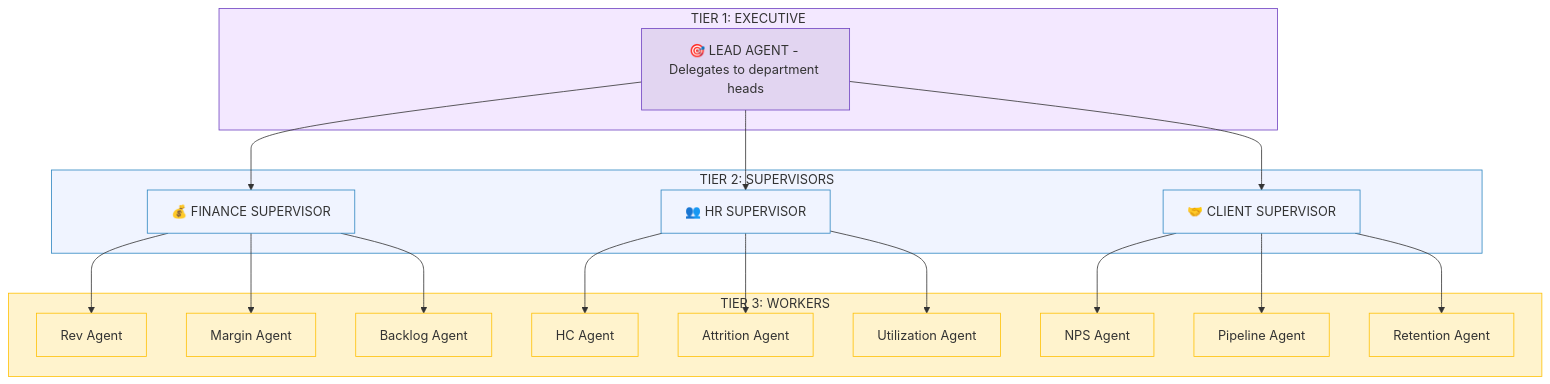
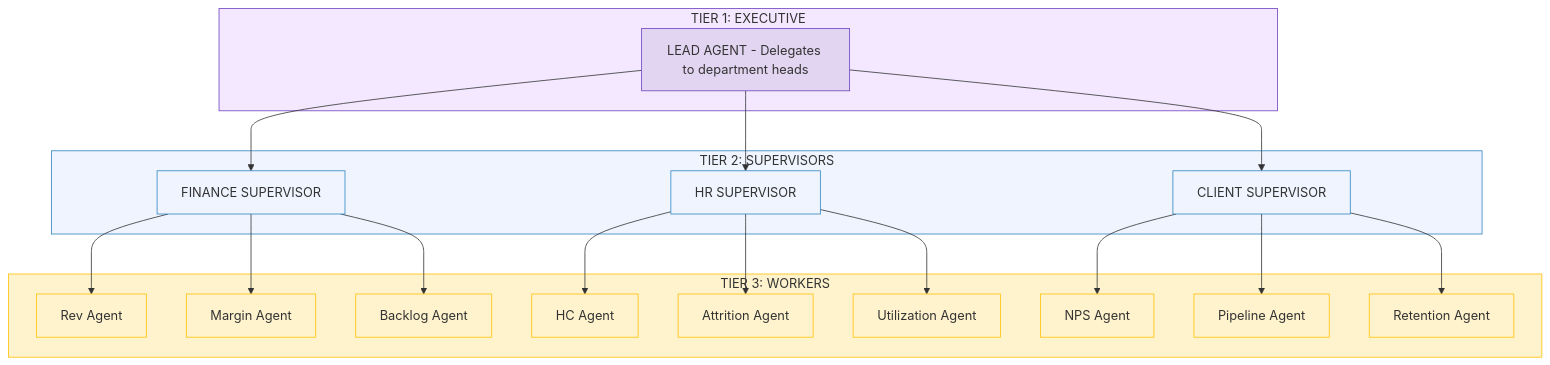
Before and after one commit to ithinktavo/GenAI-Engineering-Handbook: the sixth of 8 diagrams in docs/09-orchestration-patterns.md, drawn with Mermaid. The commit also changed other lines of this file and 10 other files, not shown here.

Commit message:
Diagram updates

````diff
--- a/docs/09-orchestration-patterns.md
+++ b/docs/09-orchestration-patterns.md
@@ -257,46 +257,46 @@
 ```mermaid
 graph TD
     subgraph T1 ["TIER 1: EXECUTIVE"]
-        Lead["🎯 LEAD AGENT - Delegates to department heads"]
+        Lead["LEAD AGENT - Delegates to department heads"]
     end
 
     subgraph T2 ["TIER 2: SUPERVISORS"]
-        FinSup["💰 FINANCE SUPERVISOR"]
-        HRSup["👥 HR SUPERVISOR"]
-        CliSup["🤝 CLIENT SUPERVISOR"]
+        FinSup["FINANCE SUPERVISOR"]
+        HRSup["HR SUPERVISOR"]
+        CliSup["CLIENT SUPERVISOR"]
     end
 
     subgraph T3 ["TIER 3: WORKERS"]
         Rev["Rev Agent"]
         Mrgn["Margin Agent"]
         Bklg["Backlog Agent"]
         HC["HC Agent"]
         Attr["Attrition Agent"]
         Utl["Utilization Agent"]
         NPS["NPS Agent"]
         Pip["Pipeline Agent"]
         Retn["Retention Agent"]
     end
 
     Lead --> FinSup & HRSup & CliSup
     FinSup --> Rev & Mrgn & Bklg
     HRSup --> HC & Attr & Utl
     CliSup --> NPS & Pip & Retn
 
     style Lead fill:#e2d5f1,stroke:#6f42c1
     style FinSup fill:#f0f4ff,stroke:#2E86C1
     style HRSup fill:#f0f4ff,stroke:#2E86C1
     style CliSup fill:#f0f4ff,stroke:#2E86C1
     style Rev fill:#fff3cd,stroke:#ffc107
     style Mrgn fill:#fff3cd,stroke:#ffc107
     style Bklg fill:#fff3cd,stroke:#ffc107
     style HC fill:#fff3cd,stroke:#ffc107
     style Attr fill:#fff3cd,stroke:#ffc107
     style Utl fill:#fff3cd,stroke:#ffc107
     style NPS fill:#fff3cd,stroke:#ffc107
     style Pip fill:#fff3cd,stroke:#ffc107
     style Retn fill:#fff3cd,stroke:#ffc107
     style T1 fill:#f3e8ff,stroke:#6f42c1
     style T2 fill:#f0f4ff,stroke:#2E86C1
     style T3 fill:#fff3cd,stroke:#ffc107
 ```
````
